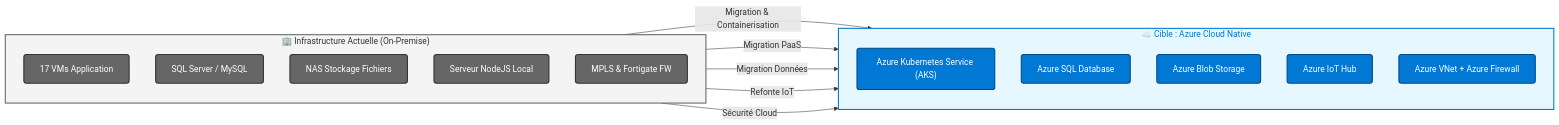
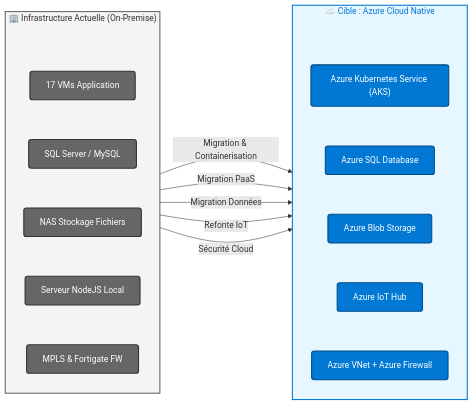
Before and after one commit to ilyessalmi/Data-Engineering-Projects: the diagram in 01-Migration-Cloud-Architecture/README.md, drawn with Mermaid.

Commit message:
Add hidden class definitions and spacers in diagram

````diff
--- a/01-Migration-Cloud-Architecture/README.md
+++ b/01-Migration-Cloud-Architecture/README.md
@@ -32,38 +32,46 @@
 ```mermaid
 graph LR
     %% Styles Definitions
     classDef azure fill:#0078D4,stroke:#004C87,stroke-width:2px,color:#fff,rx:5,ry:5;
     classDef onprem fill:#666,stroke:#333,stroke-width:2px,color:#fff,rx:5,ry:5;
-    classDef migration fill:#fff,stroke:#999,stroke-width:1px,stroke-dasharray: 5 5,color:#333;
+    classDef hidden width:0px,height:0px,stroke-width:0px,fill:transparent,color:transparent;
 
     %% On-Premise Subgraph
     subgraph On_Premise ["🏢 Infrastructure Actuelle (On-Premise)"]
         direction TB
+        Space1[ ]:::hidden
         ServerApp["17 VMs Application"]:::onprem
         DB_SQL["SQL Server / MySQL"]:::onprem
         NAS["NAS Stockage Fichiers"]:::onprem
         IoT_Local["Serveur NodeJS Local"]:::onprem
         Network_Local["MPLS & Fortigate FW"]:::onprem
+        
+        %% Force order with spacer
+        Space1 ~~~ ServerApp ~~~ DB_SQL ~~~ NAS ~~~ IoT_Local ~~~ Network_Local
     end
 
     %% Azure Subgraph
     subgraph Azure_Target ["☁️ Cible : Azure Cloud Native"]
         direction TB
+        Space2[ ]:::hidden
         AKS["Azure Kubernetes Service (AKS)"]:::azure
         AzSQL["Azure SQL Database"]:::azure
         Blob["Azure Blob Storage"]:::azure
         IoTHub["Azure IoT Hub"]:::azure
         AzNet["Azure VNet + Azure Firewall"]:::azure
+
+        %% Force order with spacer
+        Space2 ~~~ AKS ~~~ AzSQL ~~~ Blob ~~~ IoTHub ~~~ AzNet
     end
 
     %% Connections
     ServerApp -->|Migration & Containerisation| AKS
     DB_SQL -->|Migration PaaS| AzSQL
     NAS -->|Migration Données| Blob
     IoT_Local -->|Refonte IoT| IoTHub
     Network_Local -->|Sécurité Cloud| AzNet
 
     %% Subgraph Styling
     style On_Premise fill:#f4f4f4,stroke:#666,stroke-width:2px,color:#333
     style Azure_Target fill:#e6f7ff,stroke:#0078D4,stroke-width:2px,color:#0078D4
 ```
````
